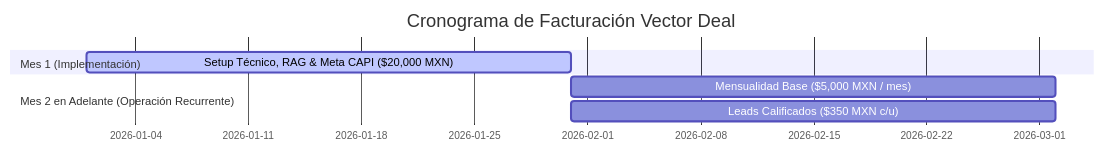
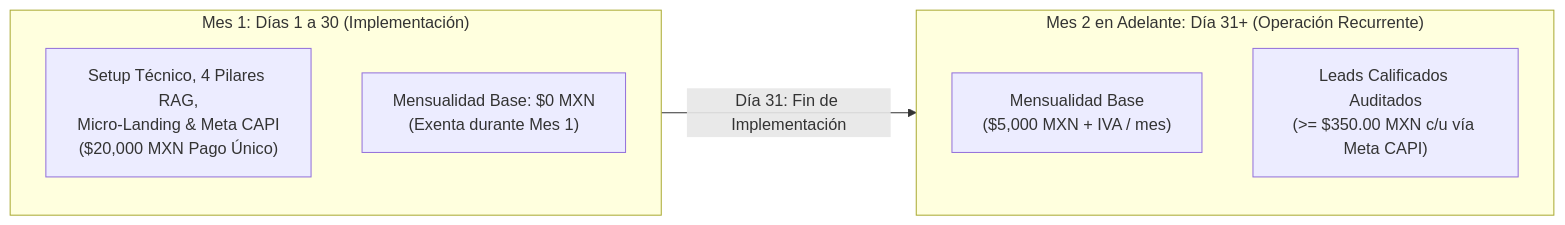
Before and after one commit to VectorInside/Vector-Community: the diagram in docs/ADR_007_OFFICIAL_COMMERCIAL_PRICING_AND_BILLING_RULES.md, drawn with Mermaid. The commit also changed other lines of this file and 13 other files, not shown here.

````diff
--- a/docs/ADR_007_OFFICIAL_COMMERCIAL_PRICING_AND_BILLING_RULES.md
+++ b/docs/ADR_007_OFFICIAL_COMMERCIAL_PRICING_AND_BILLING_RULES.md
@@ -41,10 +41,12 @@
 ```mermaid
-gantt
-    title Cronograma de Facturación Vector Deal
-    dateFormat  YYYY-MM-DD
-    section Mes 1 (Implementación)
-    Setup Técnico, RAG & Meta CAPI ($20,000 MXN) :active, m1, 2026-01-01, 30d
-    section Mes 2 en Adelante (Operación Recurrente)
-    Mensualidad Base ($5,000 MXN / mes)        :m2, after m1, 30d
-    Leads Calificados ($350 MXN c/u)           :m2_leads, after m1, 30d
+flowchart LR
+    subgraph M1["Mes 1: Días 1 a 30 (Implementación)"]
+        S1["Setup Técnico, 4 Pilares RAG,<br/>Micro-Landing & Meta CAPI<br/>($20,000 MXN Pago Único)"]
+        S2["Mensualidad Base: $0 MXN<br/>(Exenta durante Mes 1)"]
+    end
+    subgraph M2["Mes 2 en Adelante: Día 31+ (Operación Recurrente)"]
+        R1["Mensualidad Base<br/>($5,000 MXN + IVA / mes)"]
+        R2["Leads Calificados Auditados<br/>(>= $350.00 MXN c/u vía Meta CAPI)"]
+    end
+    M1 -->|"Día 31: Fin de Implementación"| M2
 ```
````
